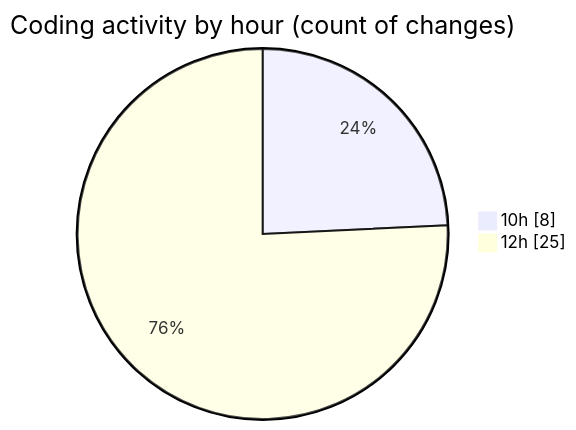
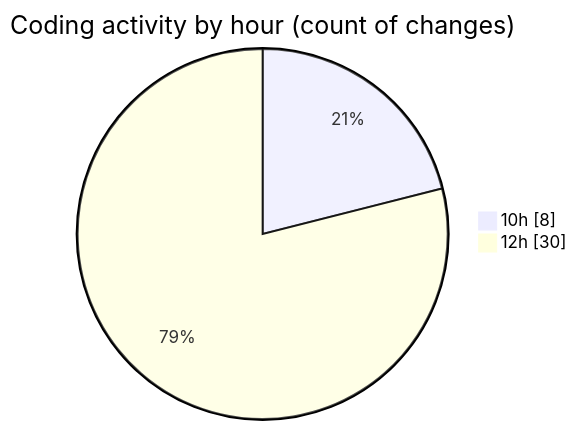
Before and after one commit to momahboobian/code-tracking: the second of 2 diagrams in 2025-05-02/cda/README.md, drawn with Mermaid. The commit also changed other lines of this file and 1 other file, not shown here.

````diff
--- a/2025-05-02/cda/README.md
+++ b/2025-05-02/cda/README.md
@@ -35,6 +36,6 @@
 ```mermaid
 pie showData
 title Coding activity by hour (count of changes)
 "10h" : 8
-"12h" : 25
+"12h" : 30
 ```
````
